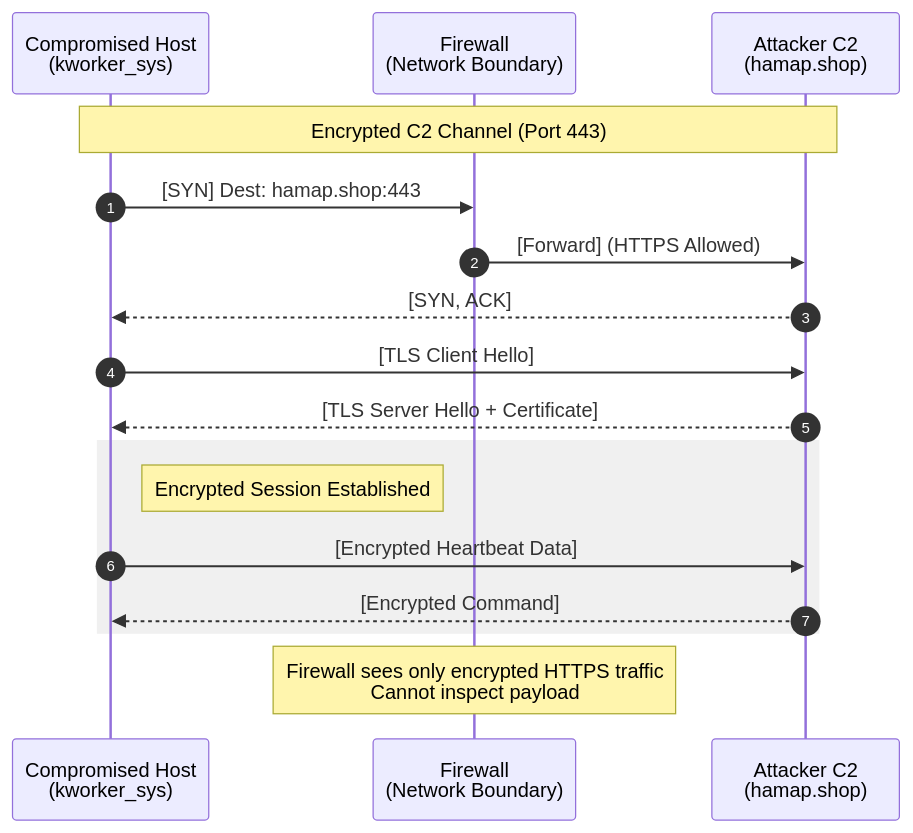
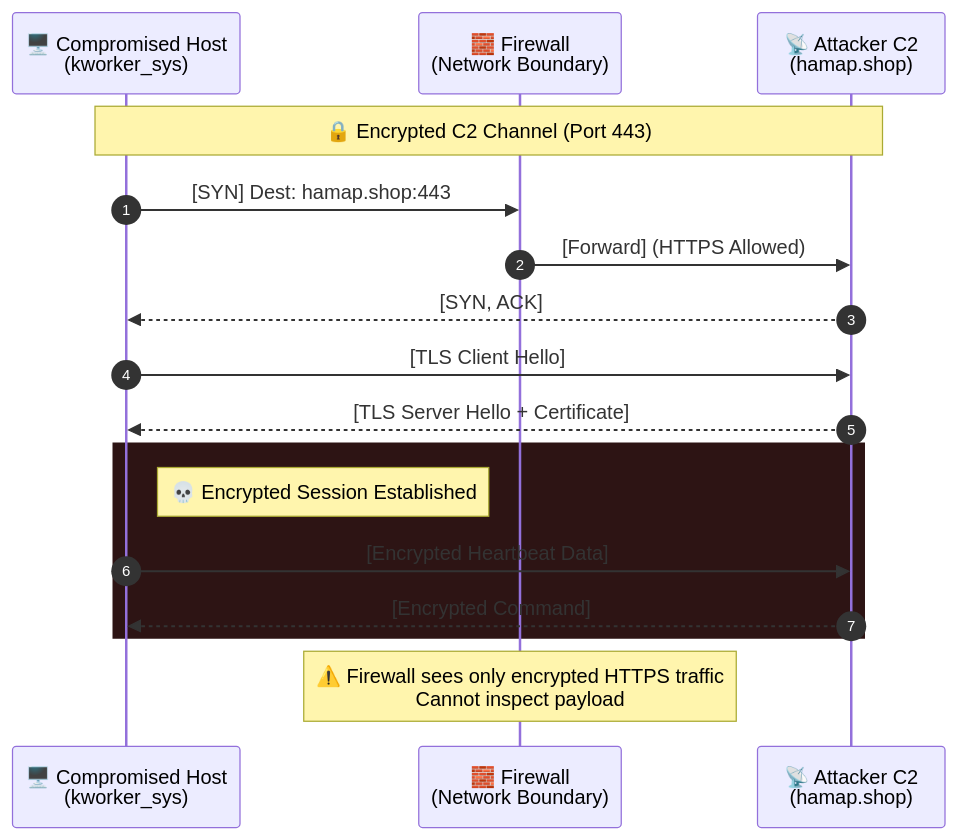
Before and after one commit to HamaPr/HamaPr.github.io: the third of 3 diagrams in _posts/cyberkillchain/2025-11-21-CKC-A.md, drawn with Mermaid.

````diff
--- a/_posts/cyberkillchain/2025-11-21-CKC-A.md
+++ b/_posts/cyberkillchain/2025-11-21-CKC-A.md
@@ -499,24 +499,24 @@
 ```mermaid
 sequenceDiagram
     autonumber
-    participant Target as Compromised Host<br>(kworker_sys)
-    participant FW as Firewall<br>(Network Boundary)
-    participant C2 as Attacker C2<br>(hamap.shop)
+    participant Target as 🖥️ Compromised Host<br>(kworker_sys)
+    participant FW as 🧱 Firewall<br>(Network Boundary)
+    participant C2 as 📡 Attacker C2<br>(hamap.shop)
 
-    Note over Target, C2: Encrypted C2 Channel (Port 443)
+    Note over Target, C2: 🔒 Encrypted C2 Channel (Port 443)
     
     Target->>FW: [SYN] Dest: hamap.shop:443
     FW->>C2: [Forward] (HTTPS Allowed)
     C2-->>Target: [SYN, ACK]
     
     Target->>C2: [TLS Client Hello]
     C2-->>Target: [TLS Server Hello + Certificate]
     
-    rect rgb(240, 240, 240)
-        Note right of Target: Encrypted Session Established
+    rect rgb(45, 20, 20)
+        Note right of Target: 💀 Encrypted Session Established
         Target->>C2: [Encrypted Heartbeat Data]
         C2-->>Target: [Encrypted Command]
     end
     
-    Note over FW: Firewall sees only encrypted HTTPS traffic<br>Cannot inspect payload
+    Note over FW: ⚠️ Firewall sees only encrypted HTTPS traffic<br>Cannot inspect payload
 ```
````
